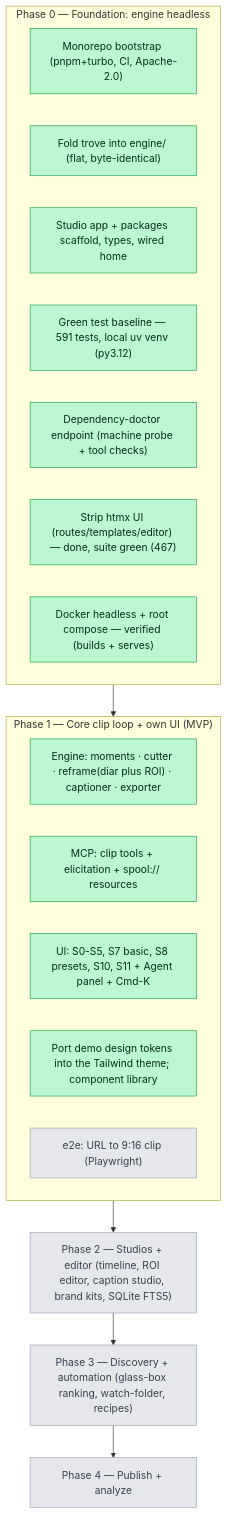
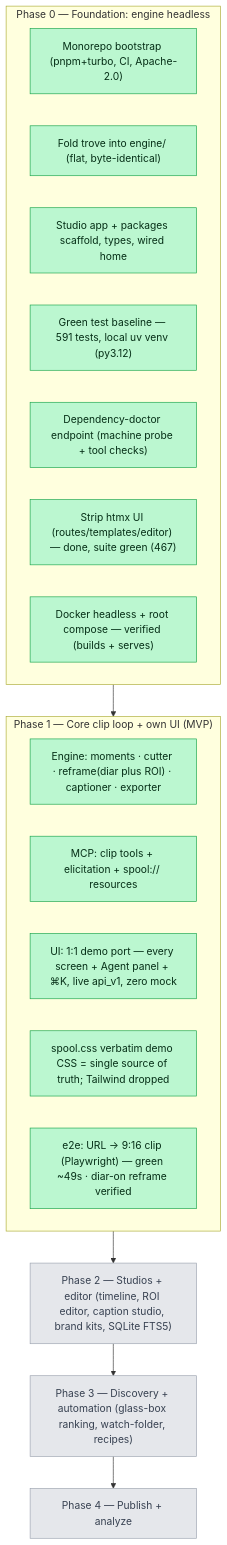
The diagram in docs/PROGRESS.md (afk1997/spool-editor), drawn with Mermaid before and after one commit. The commit also changed other lines of this file and 1 other file, not shown here.

First line of the commit message:
docs: mark Phase 1 COMPLETE (UI 1:1 port + e2e + diar-on verified)

````diff
--- a/docs/PROGRESS.md
+++ b/docs/PROGRESS.md
@@ -20,28 +27,28 @@
 ```mermaid
 graph TD
     subgraph P0["Phase 0 — Foundation: engine headless"]
       B0["Monorepo bootstrap (pnpm+turbo, CI, Apache-2.0)"]:::done
       B1["Fold trove into engine/ (flat, byte-identical)"]:::done
       B2["Studio app + packages scaffold, types, wired home"]:::done
       B3["Green test baseline — 591 tests, local uv venv (py3.12)"]:::done
       B5["Dependency-doctor endpoint (machine probe + tool checks)"]:::done
       B4["Strip htmx UI (routes/templates/editor) — done, suite green (467)"]:::done
       B6["Docker headless + root compose — verified (builds + serves)"]:::done
     end
     subgraph P1["Phase 1 — Core clip loop + own UI (MVP)"]
       C1["Engine: moments · cutter · reframe(diar plus ROI) · captioner · exporter"]:::done
       C2["MCP: clip tools + elicitation + spool:// resources"]:::done
-      C3["UI: S0-S5, S7 basic, S8 presets, S10, S11 + Agent panel + Cmd-K"]:::done
-      C4["Port demo design tokens into the Tailwind theme; component library"]:::done
-      C5["e2e: URL to 9:16 clip (Playwright)"]:::todo
+      C3["UI: 1:1 demo port — every screen + Agent panel + ⌘K, live api_v1, zero mock"]:::done
+      C4["spool.css verbatim demo CSS = single source of truth; Tailwind dropped"]:::done
+      C5["e2e: URL → 9:16 clip (Playwright) — green ~49s · diar-on reframe verified"]:::done
     end
     P2["Phase 2 — Studios + editor (timeline, ROI editor, caption studio, brand kits, SQLite FTS5)"]:::todo
     P3["Phase 3 — Discovery + automation (glass-box ranking, watch-folder, recipes)"]:::todo
     P4["Phase 4 — Publish + analyze"]:::todo
 
     P0 --> P1 --> P2 --> P3 --> P4
 
     classDef done fill:#bbf7d0,stroke:#16a34a,color:#052e16;
     classDef wip  fill:#fde68a,stroke:#d97706,color:#451a03;
     classDef todo fill:#e5e7eb,stroke:#9ca3af,color:#374151;
 ```
````
